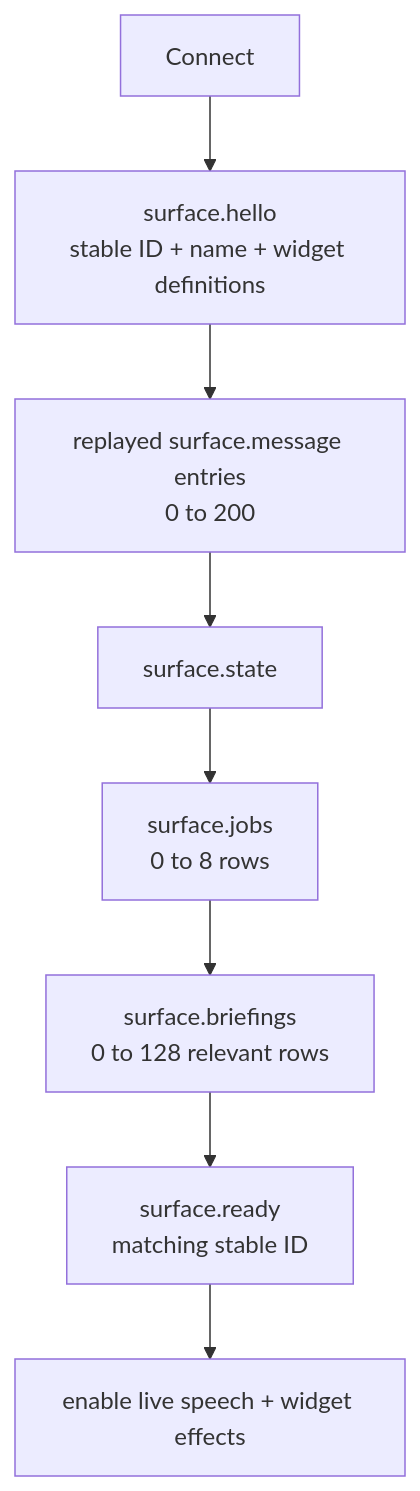
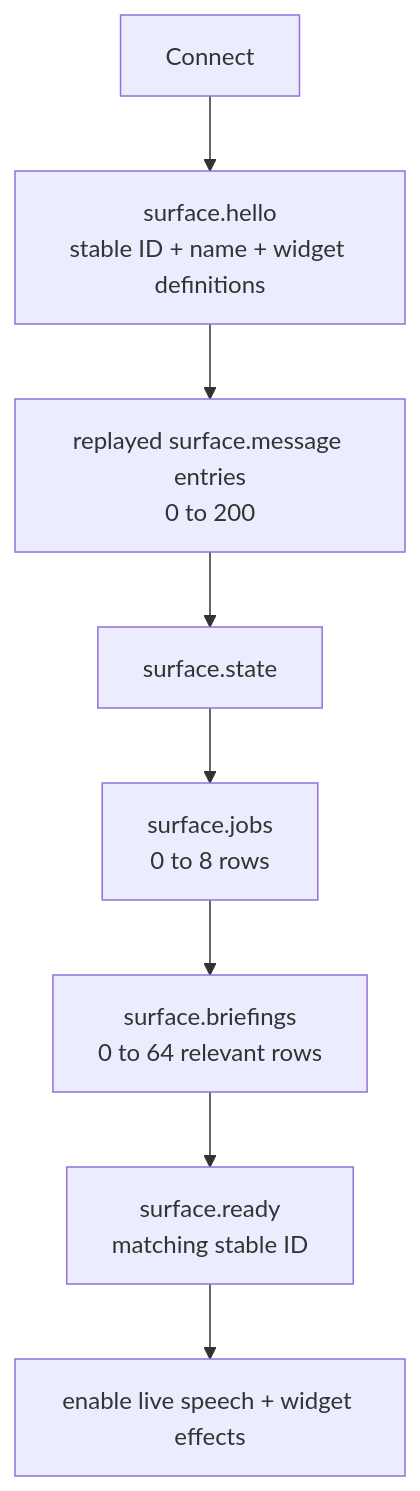
The second of 6 diagrams in docs/src/dev/surfaces.md (alexjercan/scufris2), drawn with Mermaid before and after one commit. The commit also changed other lines of this file and 28 other files, not shown here.

````diff
--- a/docs/src/dev/surfaces.md
+++ b/docs/src/dev/surfaces.md
@@ -46,10 +46,10 @@
 ```mermaid
 flowchart TB
     Connect --> Hello["surface.hello<br/>stable ID + name + widget definitions"]
     Hello --> Replay["replayed surface.message entries<br/>0 to 200"]
     Replay --> State[surface.state]
     State --> Jobs["surface.jobs<br/>0 to 8 rows"]
-    Jobs --> Briefings["surface.briefings<br/>0 to 128 relevant rows"]
+    Jobs --> Briefings["surface.briefings<br/>0 to 64 relevant rows"]
     Briefings --> Ready["surface.ready<br/>matching stable ID"]
     Ready --> Live[enable live speech + widget effects]
 ```
````
